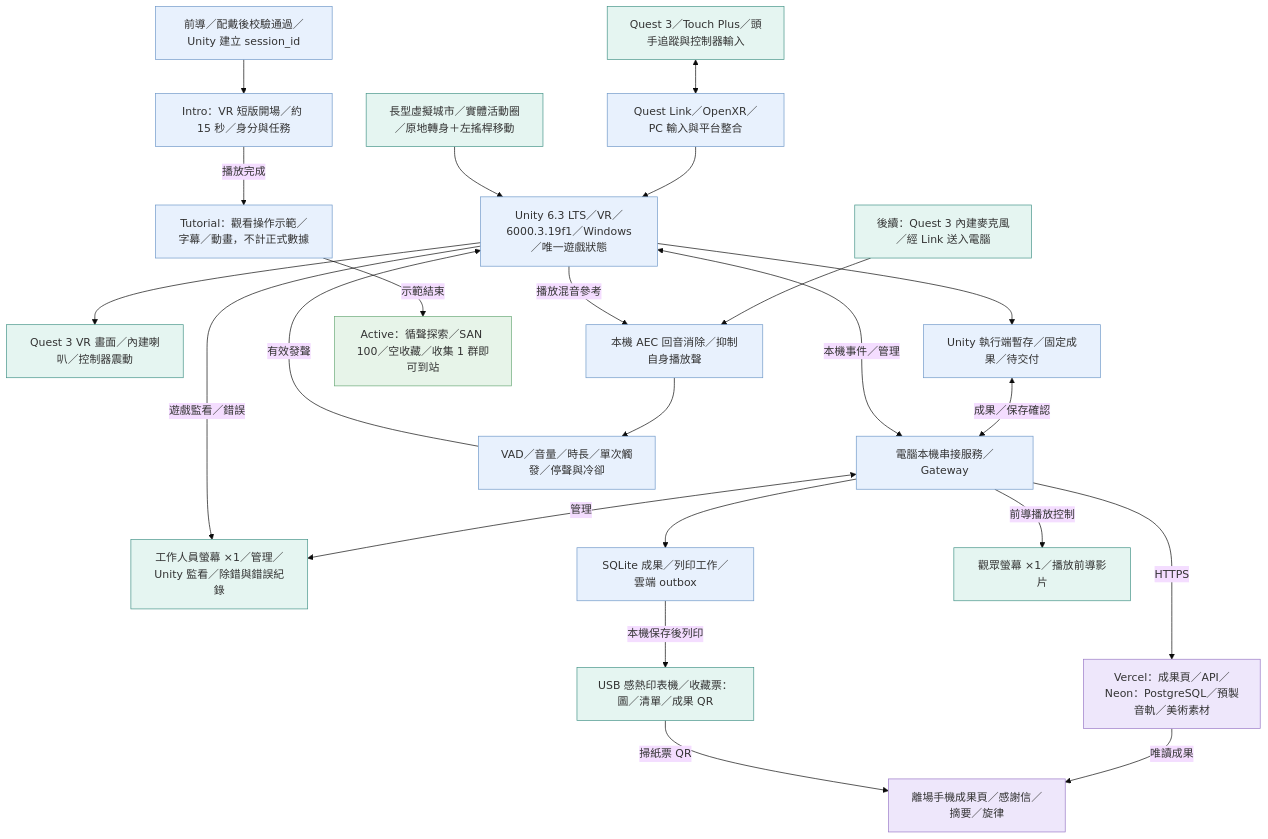
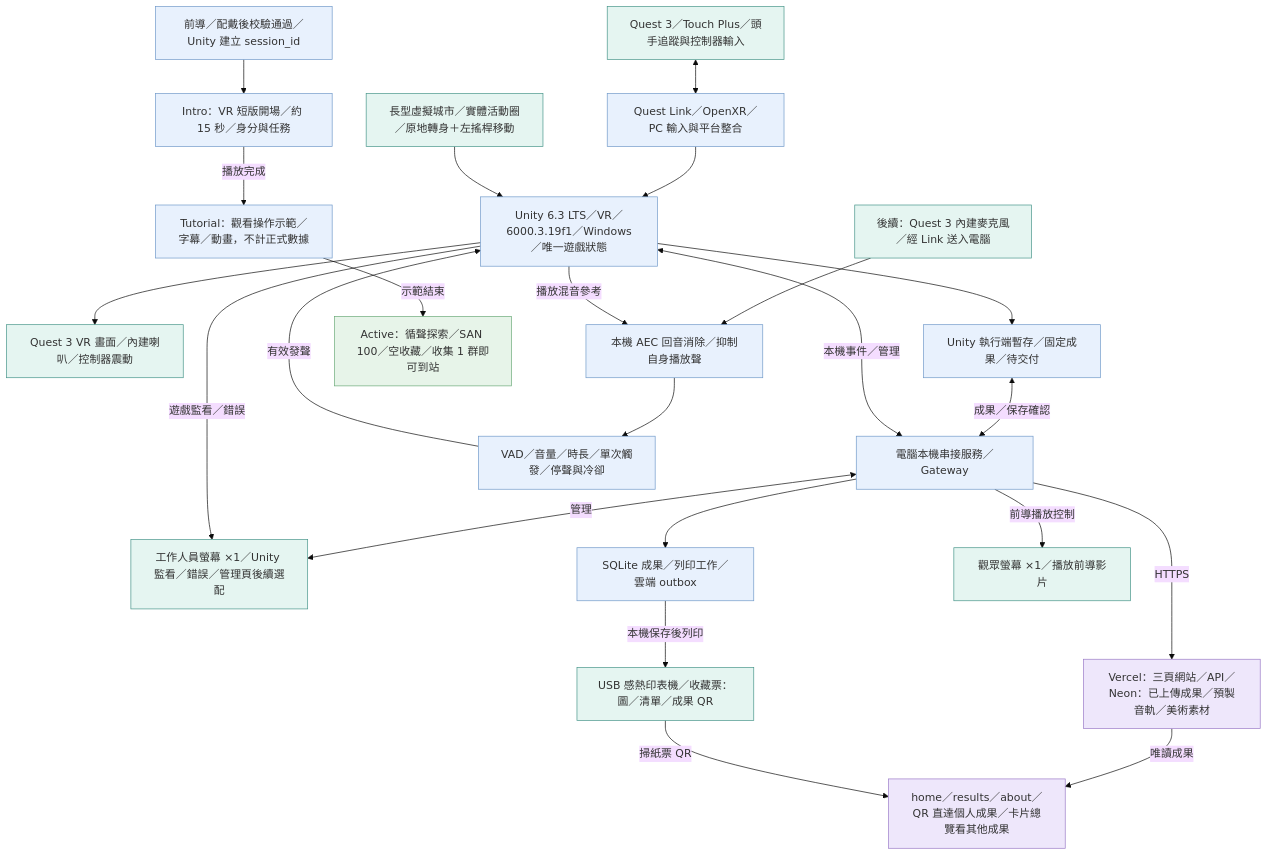
The diagram in docs/docs_vr/assets/技術流程圖/01.mmd (fengyenchia/dctProject), drawn with Mermaid (base theme) before and after one commit. The commit also changed 42 other files, not shown here.

```diff
--- a/docs/docs_vr/assets/技術流程圖/01.mmd
+++ b/docs/docs_vr/assets/技術流程圖/01.mmd
@@ -1,63 +1,63 @@
 flowchart TD
   quest["Quest 3／Touch Plus／頭手追蹤與控制器輸入"]
   xr["Quest Link／OpenXR／PC 輸入與平台整合"]
   room["長型虛擬城市／實體活動圈／原地轉身＋左搖桿移動"]
   mic["後續：Quest 3 內建麥克風／經 Link 送入電腦"]
   unity["Unity 6.3 LTS／VR／6000.3.19f1／Windows／唯一遊戲狀態"]
   output["Quest 3 VR 畫面／內建喇叭／控制器震動"]
   localPending["Unity 執行端暫存／固定成果／待交付"]
   gateway["電腦本機串接服務／Gateway"]
-  admin["工作人員螢幕 ×1／管理／Unity 監看／除錯與錯誤紀錄"]
+  admin["工作人員螢幕 ×1／Unity 監看／錯誤／管理頁後續選配"]
   sqlite["SQLite 成果／列印工作／雲端 outbox"]
-  cloud["Vercel：成果頁／API／Neon：PostgreSQL／預製音軌／美術素材"]
-  phone["離場手機成果頁／感謝信／摘要／旋律"]
+  cloud["Vercel：三頁網站／API／Neon：已上傳成果／預製音軌／美術素材"]
+  phone["home／results／about／QR 直達個人成果／卡片總覽看其他成果"]
   aec["本機 AEC 回音消除／抑制自身播放聲"]
   voiceGate["VAD／音量／時長／單次觸發／停聲與冷卻"]
   ticketPrinter["USB 感熱印表機／收藏票：圖／清單／成果 QR"]
   visitorDisplay["觀眾螢幕 ×1／播放前導影片"]
   sessionEntry["前導／配戴後校驗通過／Unity 建立 session_id"]
   vrIntro["Intro：VR 短版開場／約 15 秒／身分與任務"]
   vrTutorial["Tutorial：觀看操作示範／字幕／動畫，不計正式數據"]
   exploreActive["Active：循聲探索／SAN 100／空收藏／收集 1 群即可到站"]
   quest <--> xr
   xr --> unity
   room --> unity
   unity --> output
   unity --> localPending
   localPending <-->|"成果／保存確認"| gateway
   unity <-->|"本機事件／管理"| gateway
   gateway <-->|"管理"| admin
   gateway --> sqlite
   gateway -->|"HTTPS"| cloud
   cloud -->|"唯讀成果"| phone
   mic --> aec
   aec --> voiceGate
   unity -->|"播放混音參考"| aec
   voiceGate -->|"有效發聲"| unity
   sqlite -->|"本機保存後列印"| ticketPrinter
   gateway -->|"前導播放控制"| visitorDisplay
   unity -->|"遊戲監看／錯誤"| admin
   sessionEntry --> vrIntro
   vrIntro -->|"播放完成"| vrTutorial
   vrTutorial -->|"示範結束"| exploreActive
   ticketPrinter -->|"掃紙票 QR"| phone
   style quest fill:#e5f5f1,stroke:#459489
   style xr fill:#e8f1fd,stroke:#7099c9
   style room fill:#e5f5f1,stroke:#459489
   style mic fill:#e5f5f1,stroke:#459489
   style unity fill:#e8f1fd,stroke:#7099c9
   style output fill:#e5f5f1,stroke:#459489
   style localPending fill:#e8f1fd,stroke:#7099c9
   style gateway fill:#e8f1fd,stroke:#7099c9
   style admin fill:#e5f5f1,stroke:#459489
   style sqlite fill:#e8f1fd,stroke:#7099c9
   style cloud fill:#eee7fb,stroke:#9a7ac7
   style phone fill:#eee7fb,stroke:#9a7ac7
   style aec fill:#e8f1fd,stroke:#7099c9
   style voiceGate fill:#e8f1fd,stroke:#7099c9
   style ticketPrinter fill:#e5f5f1,stroke:#459489
   style visitorDisplay fill:#e5f5f1,stroke:#459489
   style sessionEntry fill:#e8f1fd,stroke:#7099c9
   style vrIntro fill:#e8f1fd,stroke:#7099c9
   style vrTutorial fill:#e8f1fd,stroke:#7099c9
   style exploreActive fill:#e7f4e9,stroke:#69a977
```
